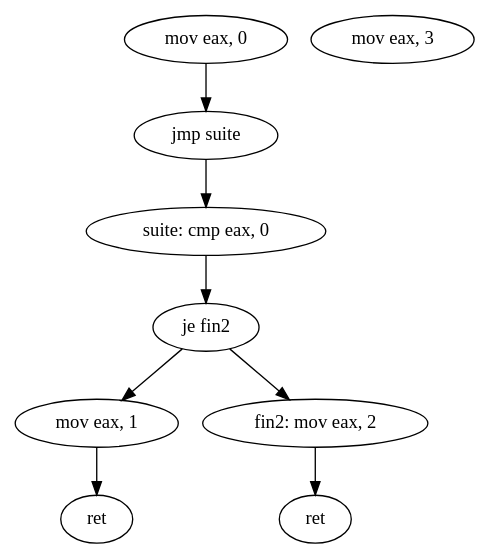
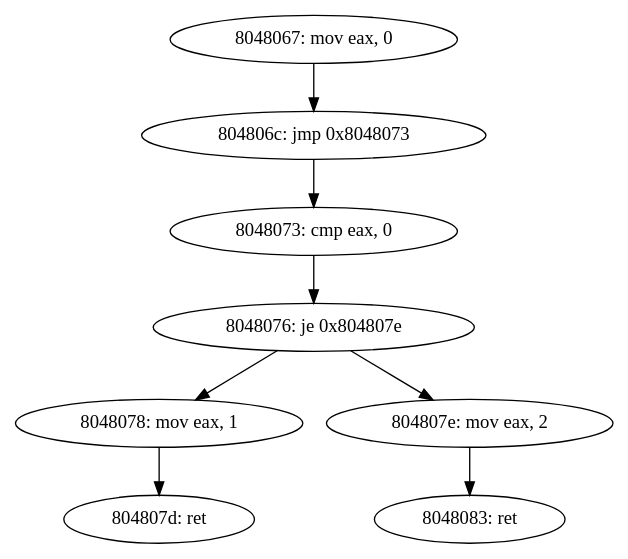
Before and after one commit to yaps8/these: the diagram in supports/eax-cfg/eax.dot, drawn with Graphviz. The commit also changed 5 other files, not shown here.

```diff
--- a/supports/eax-cfg/eax.dot
+++ b/supports/eax-cfg/eax.dot
@@ -1,18 +1,17 @@
 digraph G{
-"1" [label="mov eax, 0"]
-"2" [label="jmp suite"]
-"3" [label="mov eax, 3"]
-"4" [label="suite: cmp eax, 0"]
-"5" [label="je fin2"]
-"6" [label="mov eax, 1"]
-"7" [label="ret"]
-"8" [label="fin2: mov eax, 2"]
-"9" [label="ret"]
+"1" [label="8048067: mov eax, 0"]
+"2" [label="804806c: jmp 0x8048073"]
+"4" [label="8048073: cmp eax, 0"]
+"5" [label="8048076: je 0x804807e"]
+"6" [label="8048078: mov eax, 1"]
+"7" [label="804807d: ret"]
+"8" [label="804807e: mov eax, 2"]
+"9" [label="8048083: ret"]
 "1" -> "2"
 "2" -> "4"
 "4" -> "5"
 "5" -> "6"
 "6" -> "7"
 "5" -> "8"
 "8" -> "9"
 }
```
